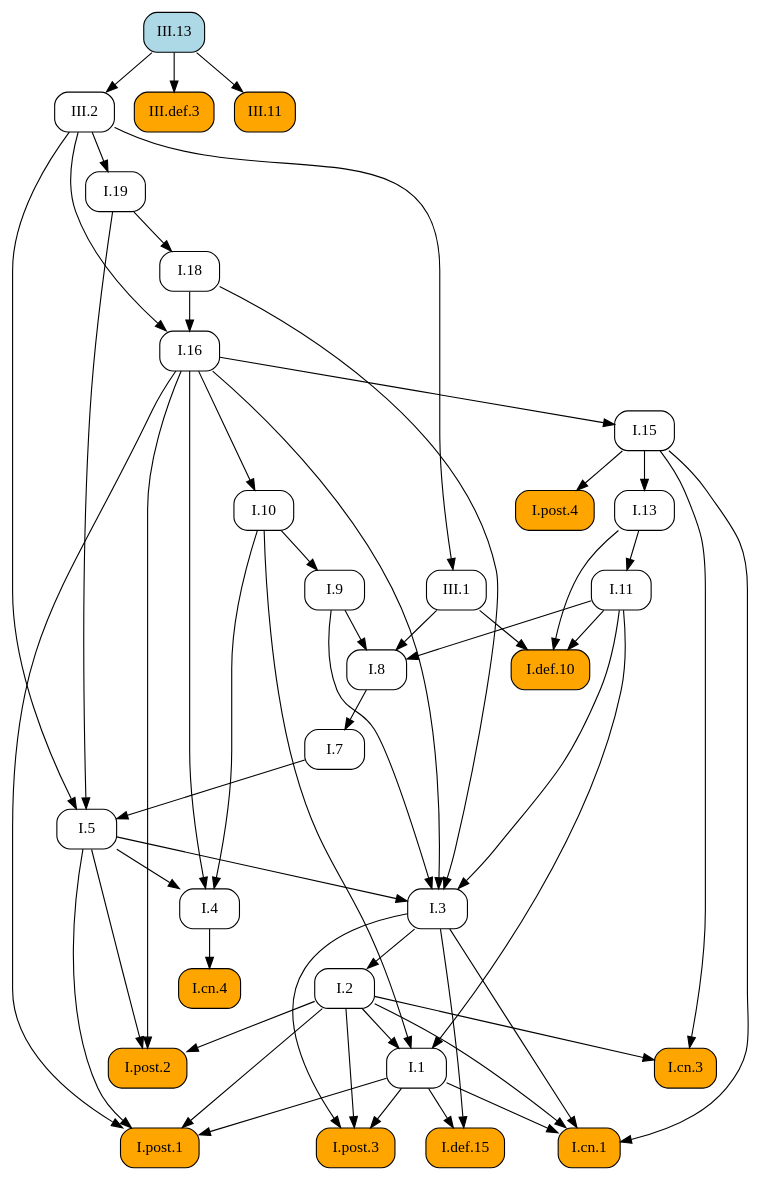
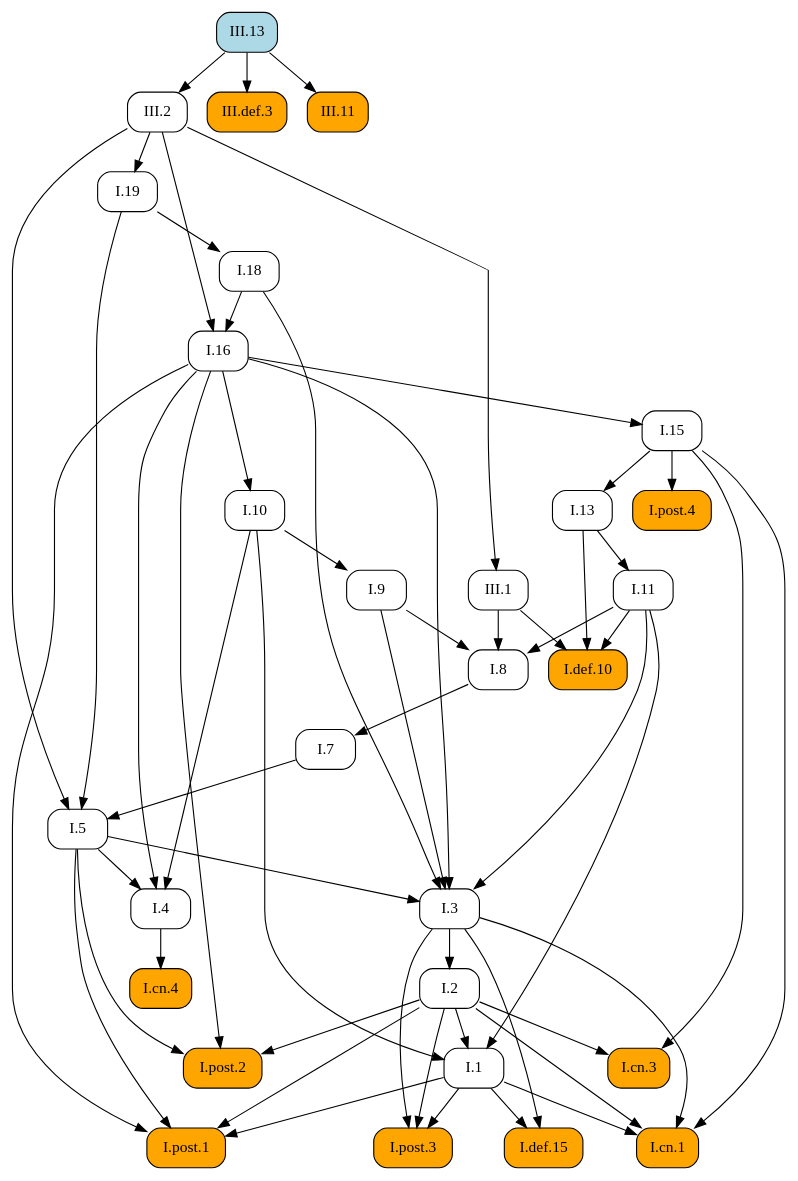
One commit to geometor/elements changed the diagram in docsrc/heath/III/13/index.rst. Above: the diagram before and after it, drawn with Graphviz. The commit also changed other lines of this file and 1029 other files, not shown here.

```diff
--- a/docsrc/heath/III/13/index.rst
+++ b/docsrc/heath/III/13/index.rst
@@ -85,88 +85,88 @@
    digraph {
      rankdir="TB";
      node [shape=box, style=rounded];
+     "I.def.10" [style="rounded,filled", fillcolor=orange, URL="/heath/I/def.10/", target="_top"];
+     "I.11" [URL="/heath/I/11/", target="_top"];
+     "I.post.4" [style="rounded,filled", fillcolor=orange, URL="/heath/I/post.4/", target="_top"];
+     "I.1" [URL="/heath/I/1/", target="_top"];
+     "I.7" [URL="/heath/I/7/", target="_top"];
+     "I.3" [URL="/heath/I/3/", target="_top"];
+     "I.2" [URL="/heath/I/2/", target="_top"];
+     "I.4" [URL="/heath/I/4/", target="_top"];
      "I.13" [URL="/heath/I/13/", target="_top"];
+     "I.5" [URL="/heath/I/5/", target="_top"];
+     "I.post.2" [style="rounded,filled", fillcolor=orange, URL="/heath/I/post.2/", target="_top"];
+     "III.2" [URL="/heath/III/2/", target="_top"];
+     "I.18" [URL="/heath/I/18/", target="_top"];
+     "I.16" [URL="/heath/I/16/", target="_top"];
+     "I.def.15" [style="rounded,filled", fillcolor=orange, URL="/heath/I/def.15/", target="_top"];
+     "III.def.3" [style="rounded,filled", fillcolor=orange, URL="/heath/III/def.3/", target="_top"];
+     "I.post.3" [style="rounded,filled", fillcolor=orange, URL="/heath/I/post.3/", target="_top"];
+     "I.19" [URL="/heath/I/19/", target="_top"];
+     "I.9" [URL="/heath/I/9/", target="_top"];
+     "I.cn.1" [style="rounded,filled", fillcolor=orange, URL="/heath/I/cn.1/", target="_top"];
      "I.cn.3" [style="rounded,filled", fillcolor=orange, URL="/heath/I/cn.3/", target="_top"];
-     "I.5" [URL="/heath/I/5/", target="_top"];
+     "III.1" [URL="/heath/III/1/", target="_top"];
+     "I.8" [URL="/heath/I/8/", target="_top"];
+     "I.cn.4" [style="rounded,filled", fillcolor=orange, URL="/heath/I/cn.4/", target="_top"];
+     "I.15" [URL="/heath/I/15/", target="_top"];
+     "I.post.1" [style="rounded,filled", fillcolor=orange, URL="/heath/I/post.1/", target="_top"];
      "III.13" [style="rounded,filled", fillcolor=lightblue, URL="/heath/III/13/", target="_top"];
-     "I.11" [URL="/heath/I/11/", target="_top"];
-     "I.7" [URL="/heath/I/7/", target="_top"];
      "I.10" [URL="/heath/I/10/", target="_top"];
-     "I.4" [URL="/heath/I/4/", target="_top"];
-     "I.3" [URL="/heath/I/3/", target="_top"];
-     "I.16" [URL="/heath/I/16/", target="_top"];
-     "I.8" [URL="/heath/I/8/", target="_top"];
-     "I.9" [URL="/heath/I/9/", target="_top"];
-     "I.def.10" [style="rounded,filled", fillcolor=orange, URL="/heath/I/def.10/", target="_top"];
-     "III.1" [URL="/heath/III/1/", target="_top"];
-     "I.post.4" [style="rounded,filled", fillcolor=orange, URL="/heath/I/post.4/", target="_top"];
-     "I.post.2" [style="rounded,filled", fillcolor=orange, URL="/heath/I/post.2/", target="_top"];
-     "I.2" [URL="/heath/I/2/", target="_top"];
-     "III.def.3" [style="rounded,filled", fillcolor=orange, URL="/heath/III/def.3/", target="_top"];
-     "I.def.15" [style="rounded,filled", fillcolor=orange, URL="/heath/I/def.15/", target="_top"];
-     "I.1" [URL="/heath/I/1/", target="_top"];
-     "I.post.3" [style="rounded,filled", fillcolor=orange, URL="/heath/I/post.3/", target="_top"];
-     "I.post.1" [style="rounded,filled", fillcolor=orange, URL="/heath/I/post.1/", target="_top"];
-     "I.cn.4" [style="rounded,filled", fillcolor=orange, URL="/heath/I/cn.4/", target="_top"];
      "III.11" [style="rounded,filled", fillcolor=orange, URL="/heath/III/11/", target="_top"];
-     "I.cn.1" [style="rounded,filled", fillcolor=orange, URL="/heath/I/cn.1/", target="_top"];
-     "I.15" [URL="/heath/I/15/", target="_top"];
-     "III.2" [URL="/heath/III/2/", target="_top"];
-     "I.19" [URL="/heath/I/19/", target="_top"];
-     "I.18" [URL="/heath/I/18/", target="_top"];
-     "I.15" -> "I.13";
-     "I.2" -> "I.cn.3";
-     "I.15" -> "I.cn.3";
-     "I.7" -> "I.5";
-     "I.19" -> "I.5";
-     "III.2" -> "I.5";
+     "I.11" -> "I.def.10";
+     "I.13" -> "I.def.10";
+     "III.1" -> "I.def.10";
      "I.13" -> "I.11";
+     "I.15" -> "I.post.4";
+     "I.2" -> "I.1";
+     "I.10" -> "I.1";
+     "I.11" -> "I.1";
      "I.8" -> "I.7";
-     "I.16" -> "I.10";
-     "I.5" -> "I.4";
-     "I.10" -> "I.4";
-     "I.16" -> "I.4";
      "I.5" -> "I.3";
      "I.9" -> "I.3";
      "I.11" -> "I.3";
      "I.16" -> "I.3";
      "I.18" -> "I.3";
+     "I.3" -> "I.2";
+     "I.5" -> "I.4";
+     "I.10" -> "I.4";
+     "I.16" -> "I.4";
+     "I.15" -> "I.13";
+     "I.7" -> "I.5";
+     "I.19" -> "I.5";
+     "III.2" -> "I.5";
+     "I.2" -> "I.post.2";
+     "I.5" -> "I.post.2";
+     "I.16" -> "I.post.2";
+     "III.13" -> "III.2";
+     "I.19" -> "I.18";
      "I.18" -> "I.16";
      "III.2" -> "I.16";
+     "I.1" -> "I.def.15";
+     "I.3" -> "I.def.15";
+     "III.13" -> "III.def.3";
+     "I.1" -> "I.post.3";
+     "I.2" -> "I.post.3";
+     "I.3" -> "I.post.3";
+     "III.2" -> "I.19";
+     "I.10" -> "I.9";
+     "I.1" -> "I.cn.1";
+     "I.2" -> "I.cn.1";
+     "I.3" -> "I.cn.1";
+     "I.15" -> "I.cn.1";
+     "I.2" -> "I.cn.3";
+     "I.15" -> "I.cn.3";
+     "III.2" -> "III.1";
      "I.9" -> "I.8";
      "I.11" -> "I.8";
      "III.1" -> "I.8";
-     "I.10" -> "I.9";
-     "I.11" -> "I.def.10";
-     "I.13" -> "I.def.10";
-     "III.1" -> "I.def.10";
-     "III.2" -> "III.1";
-     "I.15" -> "I.post.4";
-     "I.2" -> "I.post.2";
-     "I.5" -> "I.post.2";
-     "I.16" -> "I.post.2";
-     "I.3" -> "I.2";
-     "III.13" -> "III.def.3";
-     "I.1" -> "I.def.15";
-     "I.3" -> "I.def.15";
-     "I.2" -> "I.1";
-     "I.10" -> "I.1";
-     "I.11" -> "I.1";
-     "I.1" -> "I.post.3";
-     "I.2" -> "I.post.3";
-     "I.3" -> "I.post.3";
+     "I.4" -> "I.cn.4";
+     "I.16" -> "I.15";
      "I.1" -> "I.post.1";
      "I.2" -> "I.post.1";
      "I.5" -> "I.post.1";
      "I.16" -> "I.post.1";
-     "I.4" -> "I.cn.4";
+     "I.16" -> "I.10";
      "III.13" -> "III.11";
-     "I.1" -> "I.cn.1";
-     "I.2" -> "I.cn.1";
-     "I.3" -> "I.cn.1";
-     "I.15" -> "I.cn.1";
-     "I.16" -> "I.15";
-     "III.13" -> "III.2";
-     "III.2" -> "I.19";
-     "I.19" -> "I.18";
    }
```
